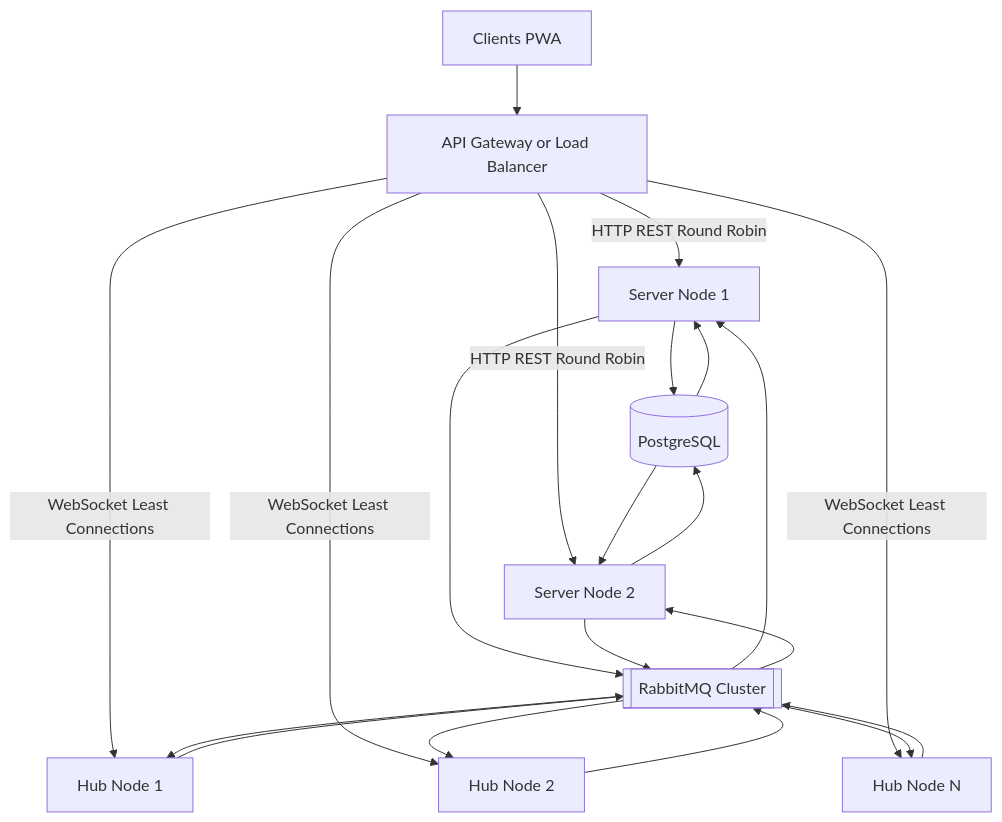
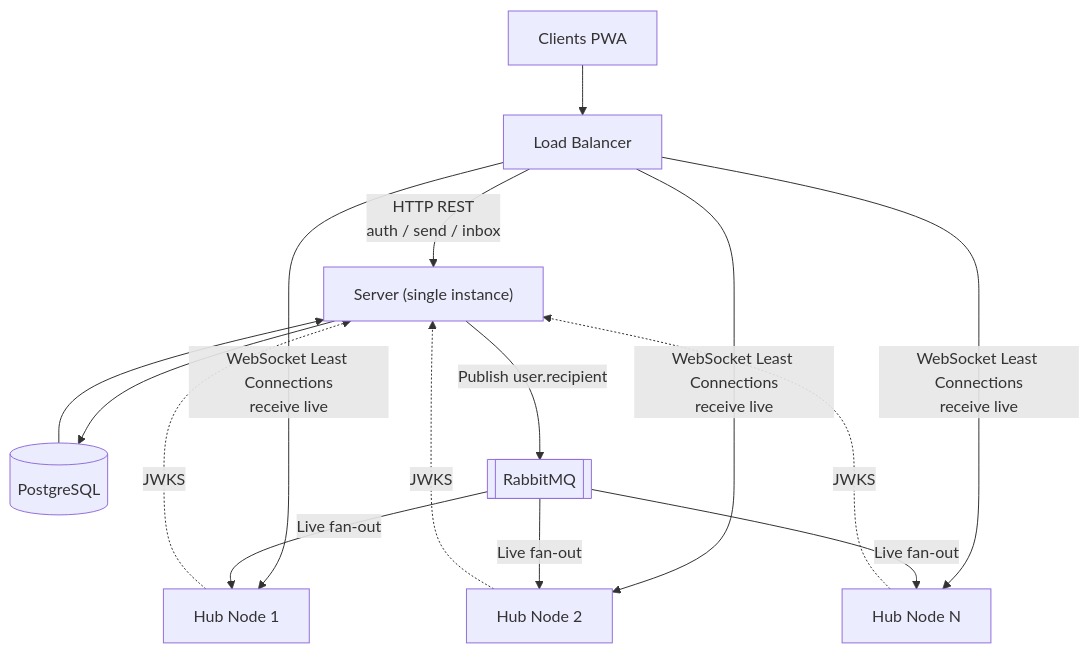
Before and after one commit to olshanskyev/fourletters-meta: the fifth of 5 diagrams in doc/ARCHITECTURE.md, drawn with Mermaid. The commit also changed other lines of this file and 6 other files, not shown here.

Commit message:
New Architecture with sending events via server

````diff
--- a/doc/ARCHITECTURE.md
+++ b/doc/ARCHITECTURE.md
@@ -177,27 +190,21 @@
 ```mermaid
 flowchart TD
-    Clients[Clients PWA] --> LB["API Gateway or Load Balancer"]
+    Clients[Clients PWA] --> LB["Load Balancer"]
 
-    LB -->|HTTP REST Round Robin| S1["Server Node 1"]
-    LB -->|HTTP REST Round Robin| S2["Server Node 2"]
+    LB -->|HTTP REST<br/>auth / send / inbox| S["Server (single instance)"]
 
-    LB -->|WebSocket Least Connections| H1["Hub Node 1"]
-    LB -->|WebSocket Least Connections| H2["Hub Node 2"]
-    LB -->|WebSocket Least Connections| HN["Hub Node N"]
+    LB -->|WebSocket Least Connections<br/>receive live| H1["Hub Node 1"]
+    LB -->|WebSocket Least Connections<br/>receive live| H2["Hub Node 2"]
+    LB -->|WebSocket Least Connections<br/>receive live| HN["Hub Node N"]
 
-    S1 --> DB[(PostgreSQL)]
-    DB --> S1
-    S2 --> DB
-    DB --> S2
+    S --> DB[(PostgreSQL)]
+    DB --> S
 
-    S1 --> MQ[[RabbitMQ Cluster]]
-    MQ --> S1
-    S2 --> MQ
-    MQ --> S2
-    H1 --> MQ
-    MQ --> H1
-    H2 --> MQ
-    MQ --> H2
-    HN --> MQ
-    MQ --> HN
+    S -->|Publish user.recipient| MQ[[RabbitMQ]]
+    MQ -->|Live fan-out| H1
+    MQ -->|Live fan-out| H2
+    MQ -->|Live fan-out| HN
+    H1 -.->|JWKS| S
+    H2 -.->|JWKS| S
+    HN -.->|JWKS| S
 ```
````
